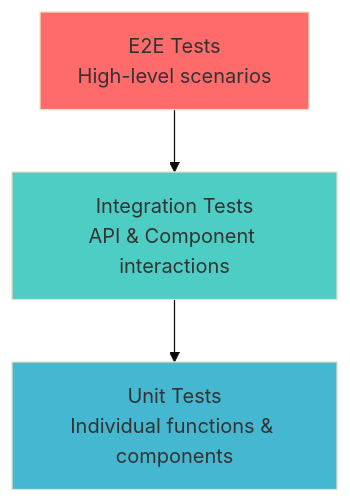
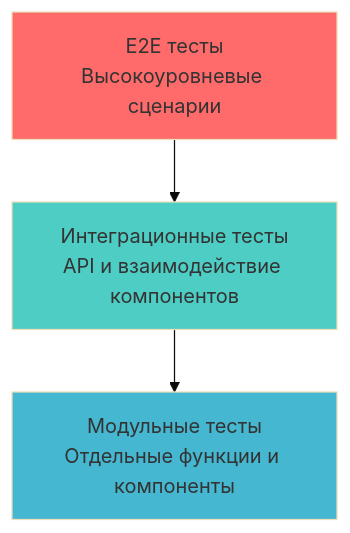
One commit to webdozerz/webdozerz.github.io changed the third of 4 diagrams in public/ipr/middle/stage-22-team-leadership.md. Above: the diagram before and after it, drawn with Mermaid (base theme). The commit also changed other lines of this file and 1 other file, not shown here.

Commit message:
style(MarkdownViewer, ipr): remove deprecated styles and update documentation to reflect changes in architecture and guidelines

````diff
--- a/public/ipr/middle/stage-22-team-leadership.md
+++ b/public/ipr/middle/stage-22-team-leadership.md
@@ -227,9 +225,9 @@
 ```mermaid
 graph TB
-    A[E2E Tests<br/>High-level scenarios] --> B[Integration Tests<br/>API & Component interactions]
-    B --> C[Unit Tests<br/>Individual functions & components]
+    A[E2E тесты<br/>Высокоуровневые сценарии] --> B[Интеграционные тесты<br/>API и взаимодействие компонентов]
+    B --> C[Модульные тесты<br/>Отдельные функции и компоненты]
 
     style A fill:#ff6b6b
     style B fill:#4ecdc4
     style C fill:#45b7d1
 ```
````
